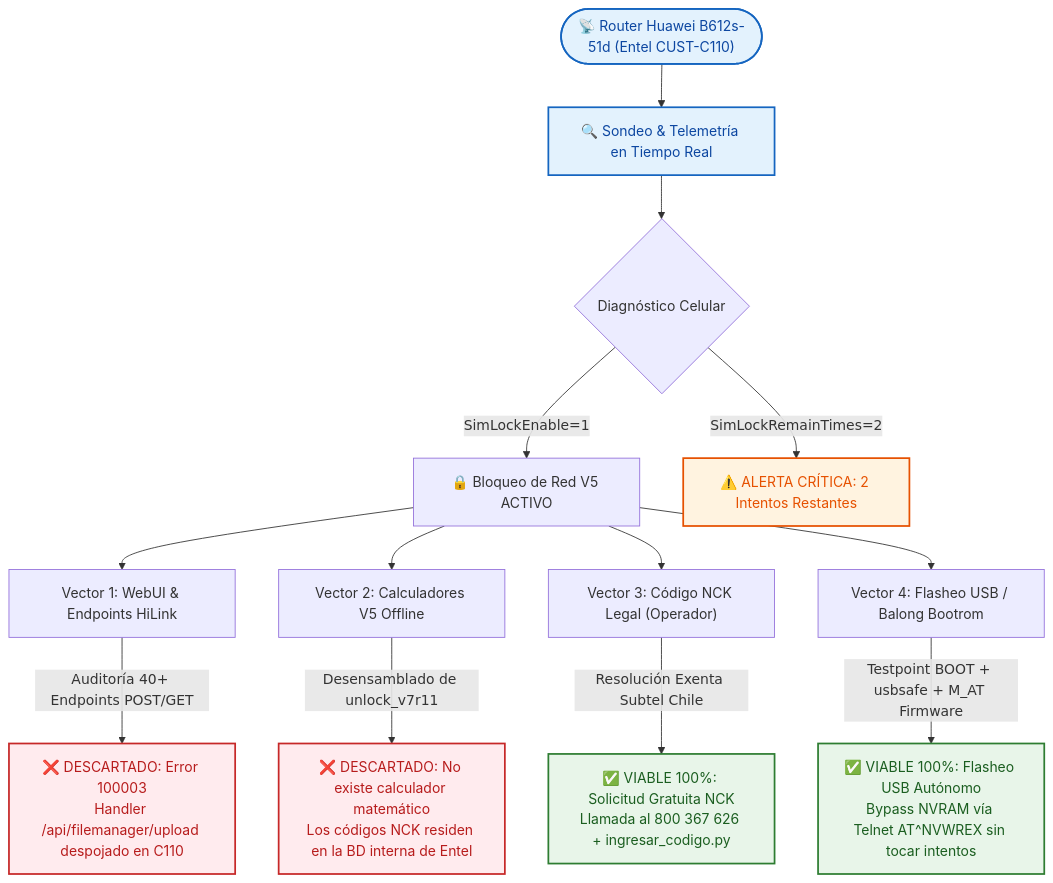
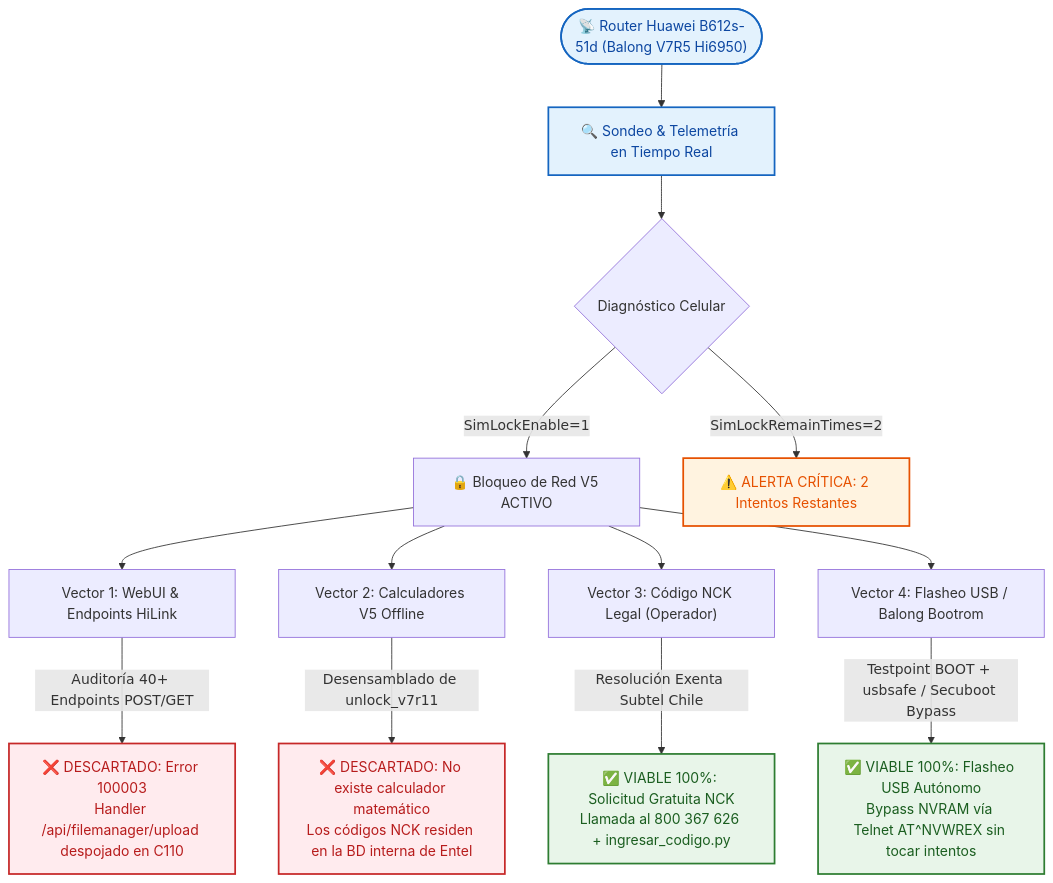
The first of 4 diagrams in README.md (davidarellano210322-glitch/huawei-b612-unlock), drawn with Mermaid before and after one commit. The commit also changed other lines of this file and 2 other files, not shown here.

Commit message:
Add Secuboot bypass exploit research, PotatoNV vs Balong comparison, and NVRAM nvid mapping

````diff
--- a/README.md
+++ b/README.md
@@ -44,32 +44,32 @@
 ```mermaid
 flowchart TD
     %% Nodos Principales
-    Start(["📡 Router Huawei B612s-51d (Entel CUST-C110)"]) --> Scan["🔍 Sondeo & Telemetría en Tiempo Real"]
+    Start(["📡 Router Huawei B612s-51d (Balong V7R5 Hi6950)"]) --> Scan["🔍 Sondeo & Telemetría en Tiempo Real"]
     
     Scan --> State{"Diagnóstico Celular"}
     State -->|"SimLockEnable=1"| Locked["🔒 Bloqueo de Red V5 ACTIVO"]
     State -->|"SimLockRemainTimes=2"| Warning["⚠️ ALERTA CRÍTICA: 2 Intentos Restantes"]
 
     Locked --> V1["Vector 1: WebUI & Endpoints HiLink"]
     Locked --> V2["Vector 2: Calculadores V5 Offline"]
     Locked --> V3["Vector 3: Código NCK Legal (Operador)"]
     Locked --> V4["Vector 4: Flasheo USB / Balong Bootrom"]
 
     %% Evaluacion de Vectores
     V1 -->|"Auditoría 40+ Endpoints POST/GET"| V1_Res["❌ DESCARTADO: Error 100003<br/>Handler /api/filemanager/upload despojado en C110"]
     V2 -->|"Desensamblado de unlock_v7r11"| V2_Res["❌ DESCARTADO: No existe calculador matemático<br/>Los códigos NCK residen en la BD interna de Entel"]
     V3 -->|"Resolución Exenta Subtel Chile"| V3_Res["✅ VIABLE 100%: Solicitud Gratuita NCK<br/>Llamada al 800 367 626 + ingresar_codigo.py"]
-    V4 -->|"Testpoint BOOT + usbsafe + M_AT Firmware"| V4_Res["✅ VIABLE 100%: Flasheo USB Autónomo<br/>Bypass NVRAM vía Telnet AT^NVWREX sin tocar intentos"]
+    V4 -->|"Testpoint BOOT + usbsafe / Secuboot Bypass"| V4_Res["✅ VIABLE 100%: Flasheo USB Autónomo<br/>Bypass NVRAM vía Telnet AT^NVWREX sin tocar intentos"]
 
     %% Estilos de Nodos
     classDef default font-family:Inter,sans-serif;
     classDef blocked fill:#ffebee,stroke:#c62828,stroke-width:2px,color:#b71c1c;
     classDef success fill:#e8f5e9,stroke:#2e7d32,stroke-width:2px,color:#1b5e20;
     classDef critical fill:#fff3e0,stroke:#e65100,stroke-width:2px,color:#e65100;
     classDef primary fill:#e3f2fd,stroke:#1565c0,stroke-width:2px,color:#0d47a1;
 
     class Start,Scan primary;
     class Warning critical;
     class V1_Res,V2_Res blocked;
     class V3_Res,V4_Res success;
 ```
````
